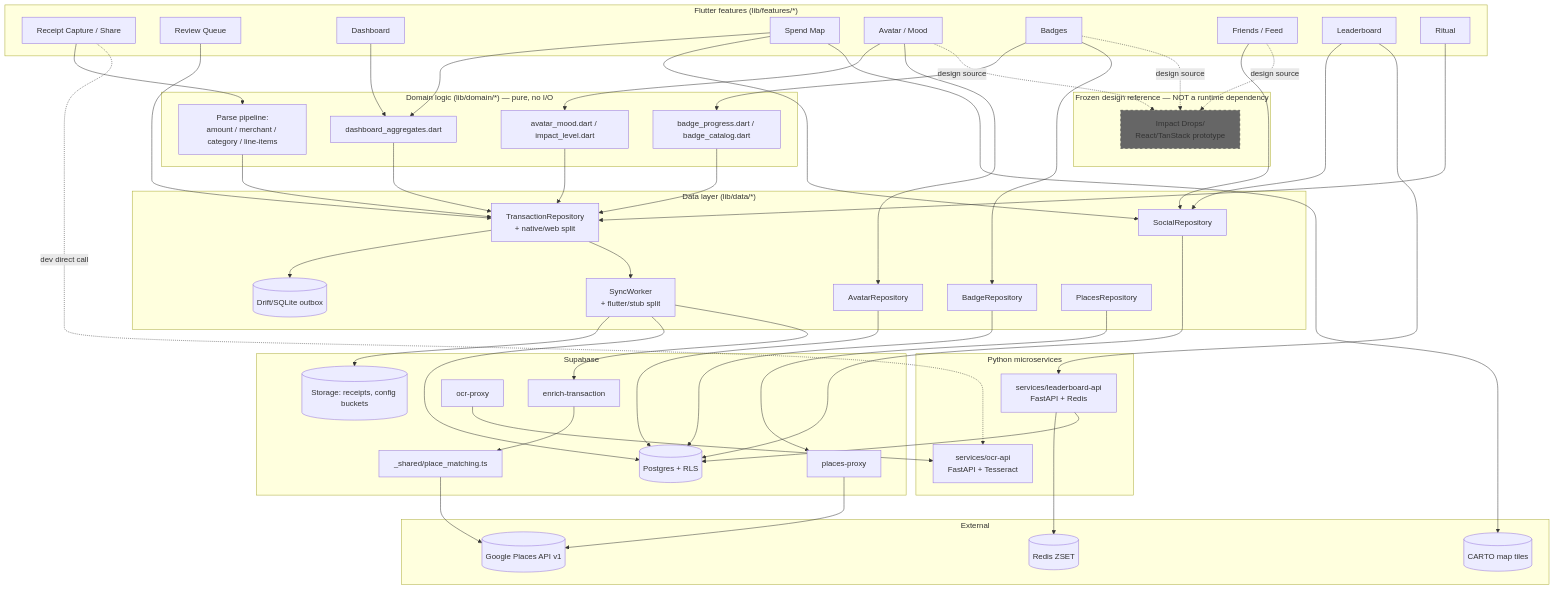
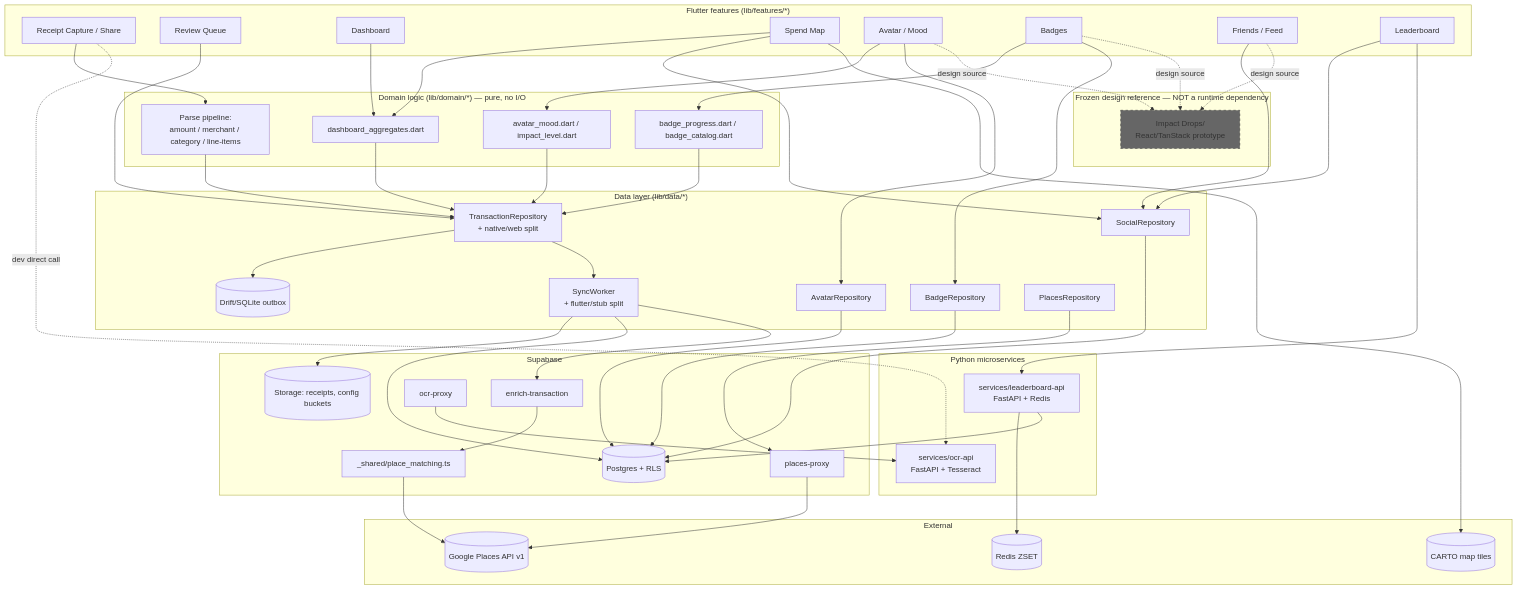
Before and after one commit to ethan-yong/receipt-drop: the first of 3 diagrams in memory/dependency_graph.md, drawn with Mermaid. The commit also changed other lines of this file and 18 other files, not shown here.

```diff
--- a/memory/dependency_graph.md
+++ b/memory/dependency_graph.md
@@ -26,7 +26,6 @@
         Badges[Badges]
         Social[Friends / Feed]
         Leaderboard[Leaderboard]
-        Ritual[Ritual]
     end
 
     subgraph Domain["Domain logic (lib/domain/*) — pure, no I/O"]
@@ -90,7 +89,6 @@
     Leaderboard --> SocialRepo
     Leaderboard --> LbApi --> Redis
     LbApi --> PG
-    Ritual --> Repo
     EF_Places --> GPlaces
     PlacesRepo --> EF_Places
 
```
